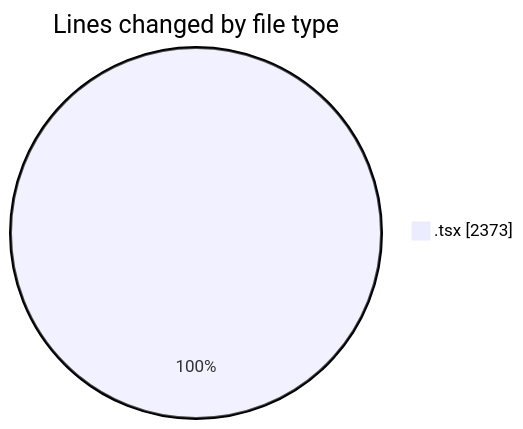
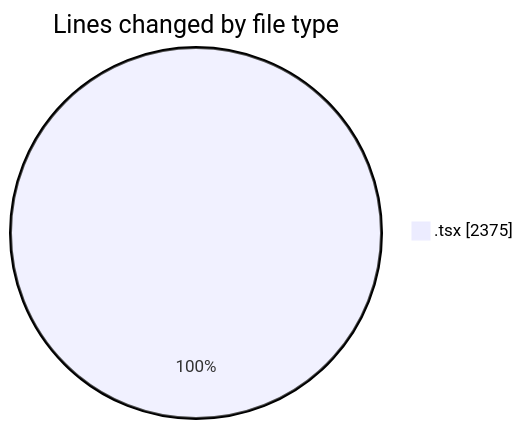
The first of 2 diagrams in 2026-02-09/nxtqube_webapp/README.md (nxtqubesakshisongat/code-tracking), drawn with Mermaid before and after one commit. The commit also changed other lines of this file and 1 other file, not shown here.

````diff
--- a/2026-02-09/nxtqube_webapp/README.md
+++ b/2026-02-09/nxtqube_webapp/README.md
@@ -22,5 +22,5 @@
 ```mermaid
 pie showData
 title Lines changed by file type
-".tsx" : 2373
+".tsx" : 2375
 ```
````
